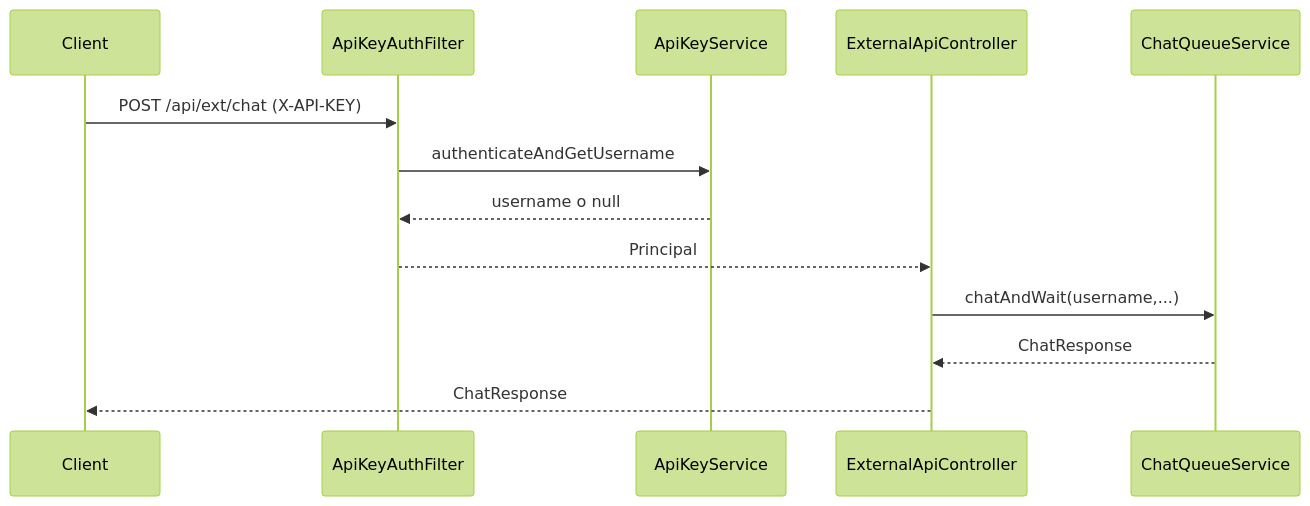
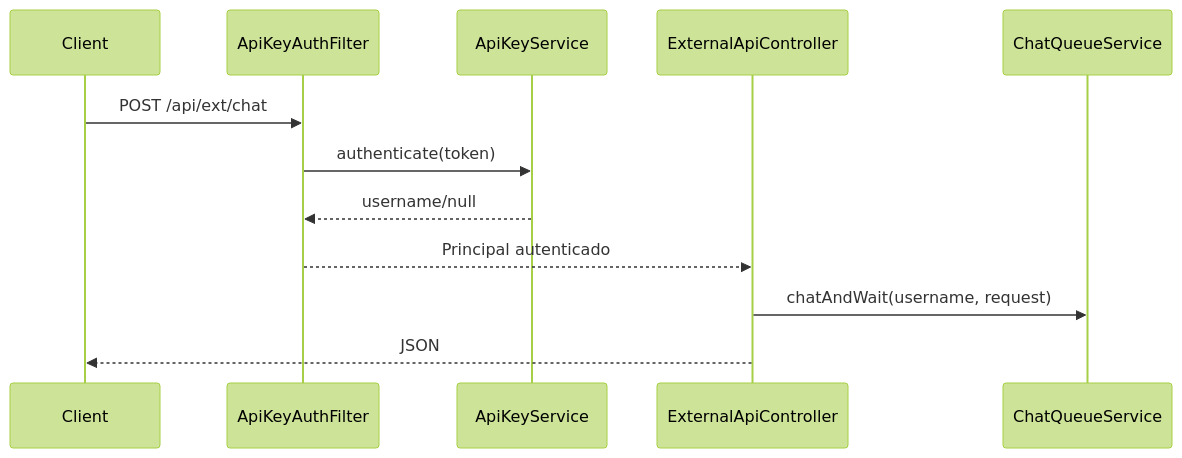
The fourth of 6 diagrams in docs/architecture.md (FlEtsv/apiasistente), drawn with Mermaid (forest theme) before and after one commit. The commit also changed other lines of this file and 16 other files, not shown here.

````diff
--- a/docs/architecture.md
+++ b/docs/architecture.md
@@ -89,17 +100,15 @@
 ```mermaid
 sequenceDiagram
-  participant Client
-  participant ApiKeyAuthFilter
-  participant ApiKeyService
-  participant ExternalApiController
-  participant ChatQueueService
+    participant Client
+    participant ApiKeyAuthFilter
+    participant ApiKeyService
+    participant ExternalApiController
+    participant ChatQueueService
 
-  Client->>ApiKeyAuthFilter: POST /api/ext/chat (X-API-KEY)
-  ApiKeyAuthFilter->>ApiKeyService: authenticateAndGetUsername
-  ApiKeyService-->>ApiKeyAuthFilter: username o null
-  ApiKeyAuthFilter-->>ExternalApiController: Principal
-
-  ExternalApiController->>ChatQueueService: chatAndWait(username,...)
-  ChatQueueService-->>ExternalApiController: ChatResponse
-  ExternalApiController-->>Client: ChatResponse
+    Client->>ApiKeyAuthFilter: POST /api/ext/chat
+    ApiKeyAuthFilter->>ApiKeyService: authenticate(token)
+    ApiKeyService-->>ApiKeyAuthFilter: username/null
+    ApiKeyAuthFilter-->>ExternalApiController: Principal autenticado
+    ExternalApiController->>ChatQueueService: chatAndWait(username, request)
+    ExternalApiController-->>Client: JSON
 ```
````
